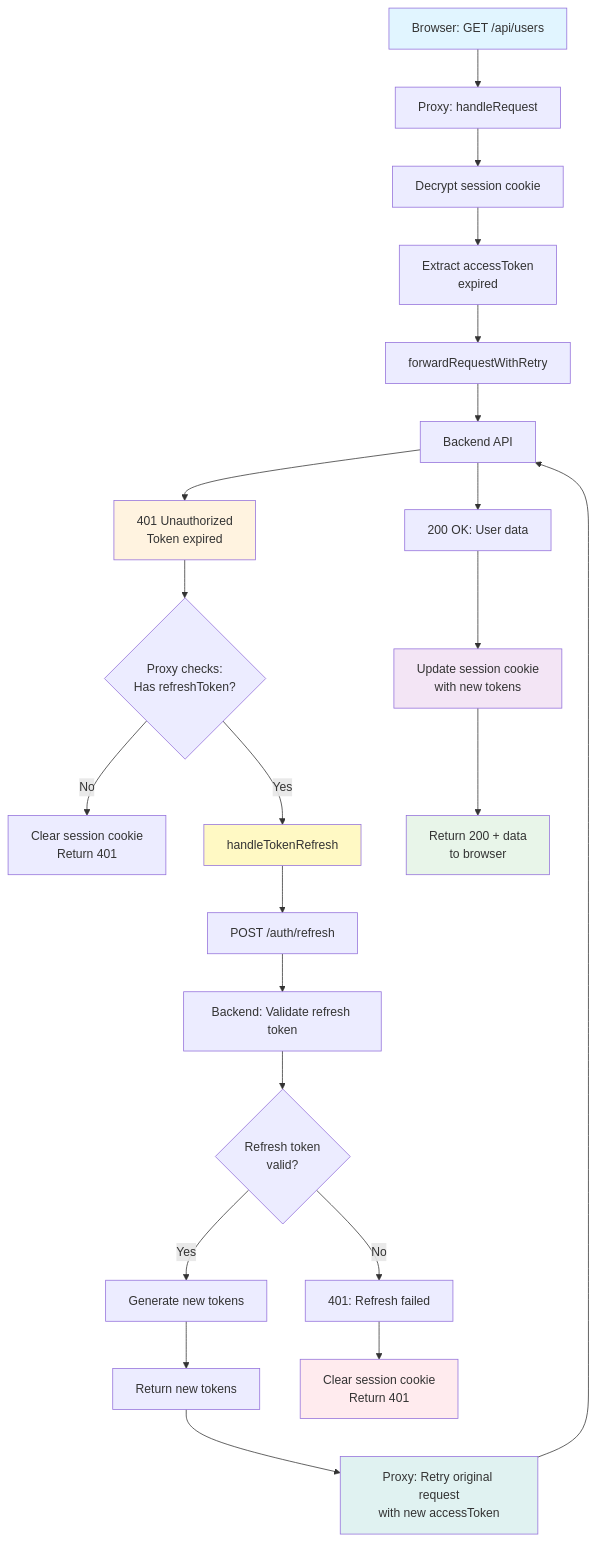
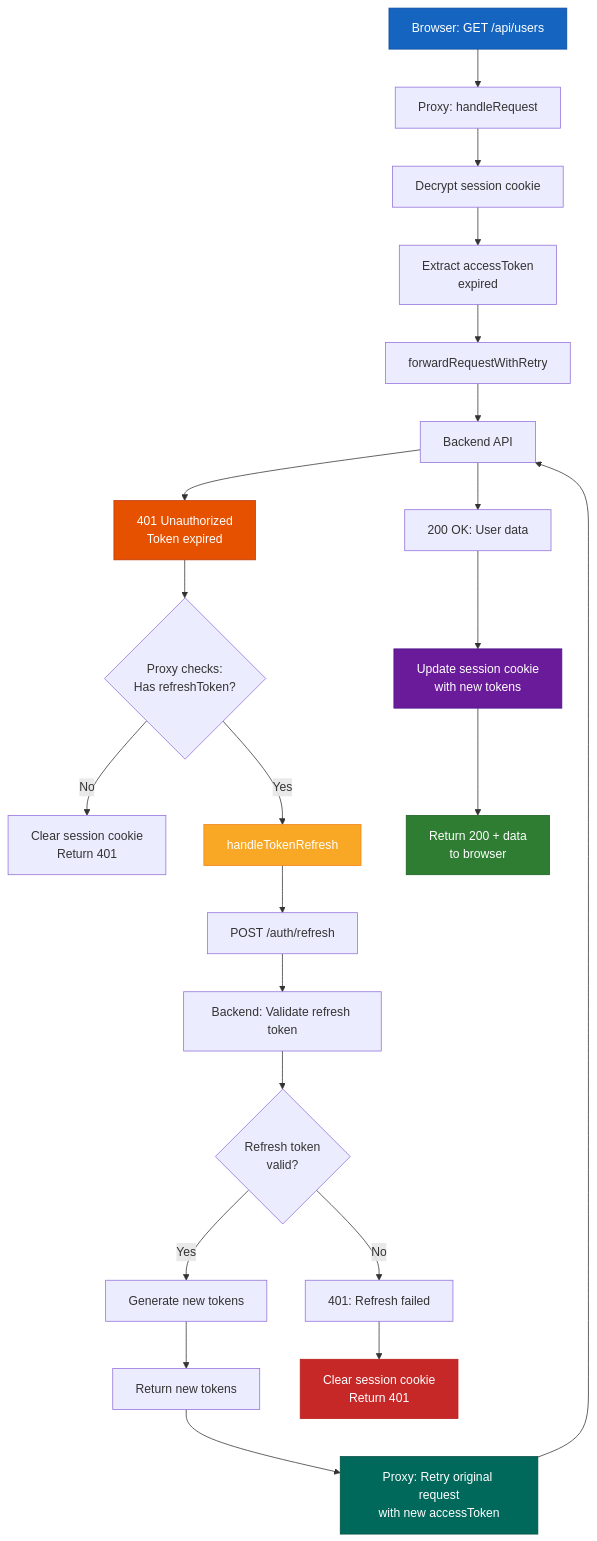
One commit to kisstamasj/nestjs-nextjs-api-proxy changed the fifth of 7 diagrams in API_PROXY_GUIDE.md. Above: the diagram before and after it, drawn with Mermaid. The commit also changed other lines of this file, not shown here.

Commit message:
docs: Enhance mermaid diagram readability by updating styles to use darker colors and white text.

````diff
--- a/API_PROXY_GUIDE.md
+++ b/API_PROXY_GUIDE.md
@@ -217,32 +217,32 @@
 ```mermaid
 flowchart TD
     A[Browser: GET /api/users] --> B[Proxy: handleRequest]
     B --> C[Decrypt session cookie]
     C --> D[Extract accessToken<br/>expired]
     D --> E[forwardRequestWithRetry]
     E --> F[Backend API]
     F --> G[401 Unauthorized<br/>Token expired]
     G --> H{Proxy checks:<br/>Has refreshToken?}
     H -->|No| I[Clear session cookie<br/>Return 401]
     H -->|Yes| J[handleTokenRefresh]
     J --> K[POST /auth/refresh]
     K --> L[Backend: Validate refresh token]
     L --> M{Refresh token<br/>valid?}
     M -->|No| N[401: Refresh failed]
     M -->|Yes| O[Generate new tokens]
     O --> P[Return new tokens]
     P --> Q[Proxy: Retry original request<br/>with new accessToken]
     Q --> F
     F --> R[200 OK: User data]
     R --> S[Update session cookie<br/>with new tokens]
     S --> T[Return 200 + data<br/>to browser]
     N --> U[Clear session cookie<br/>Return 401]
     
-    style A fill:#e1f5ff
-    style G fill:#fff3e0
-    style J fill:#fff9c4
-    style Q fill:#e0f2f1
-    style S fill:#f3e5f5
-    style T fill:#e8f5e9
-    style U fill:#ffebee
+    style A fill:#1565c0,stroke:#0d47a1,color:#fff
+    style G fill:#e65100,stroke:#bf360c,color:#fff
+    style J fill:#f9a825,stroke:#f57f17,color:#fff
+    style Q fill:#00695c,stroke:#004d40,color:#fff
+    style S fill:#6a1b9a,stroke:#4a148c,color:#fff
+    style T fill:#2e7d32,stroke:#1b5e20,color:#fff
+    style U fill:#c62828,stroke:#b71c1c,color:#fff
 ```
````
